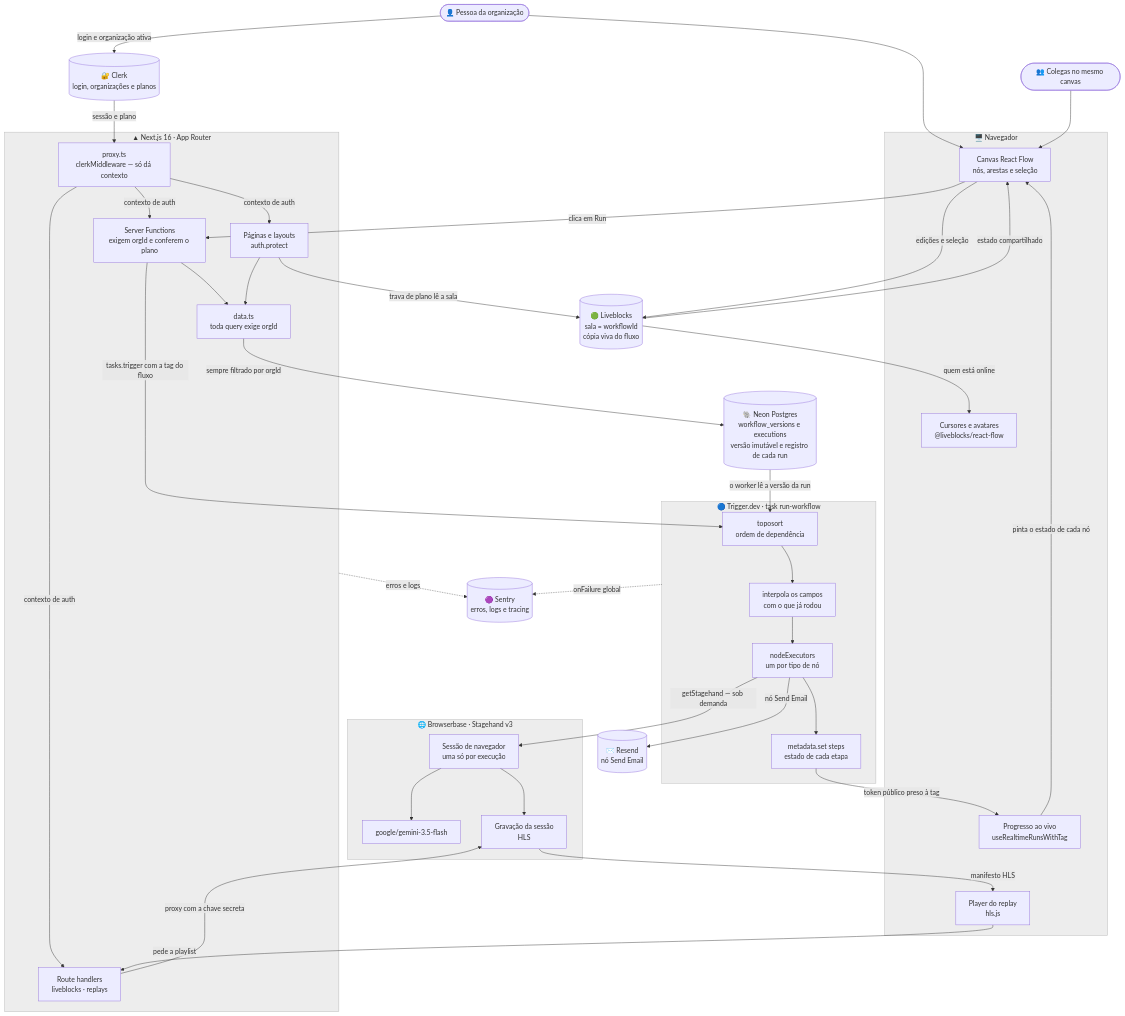
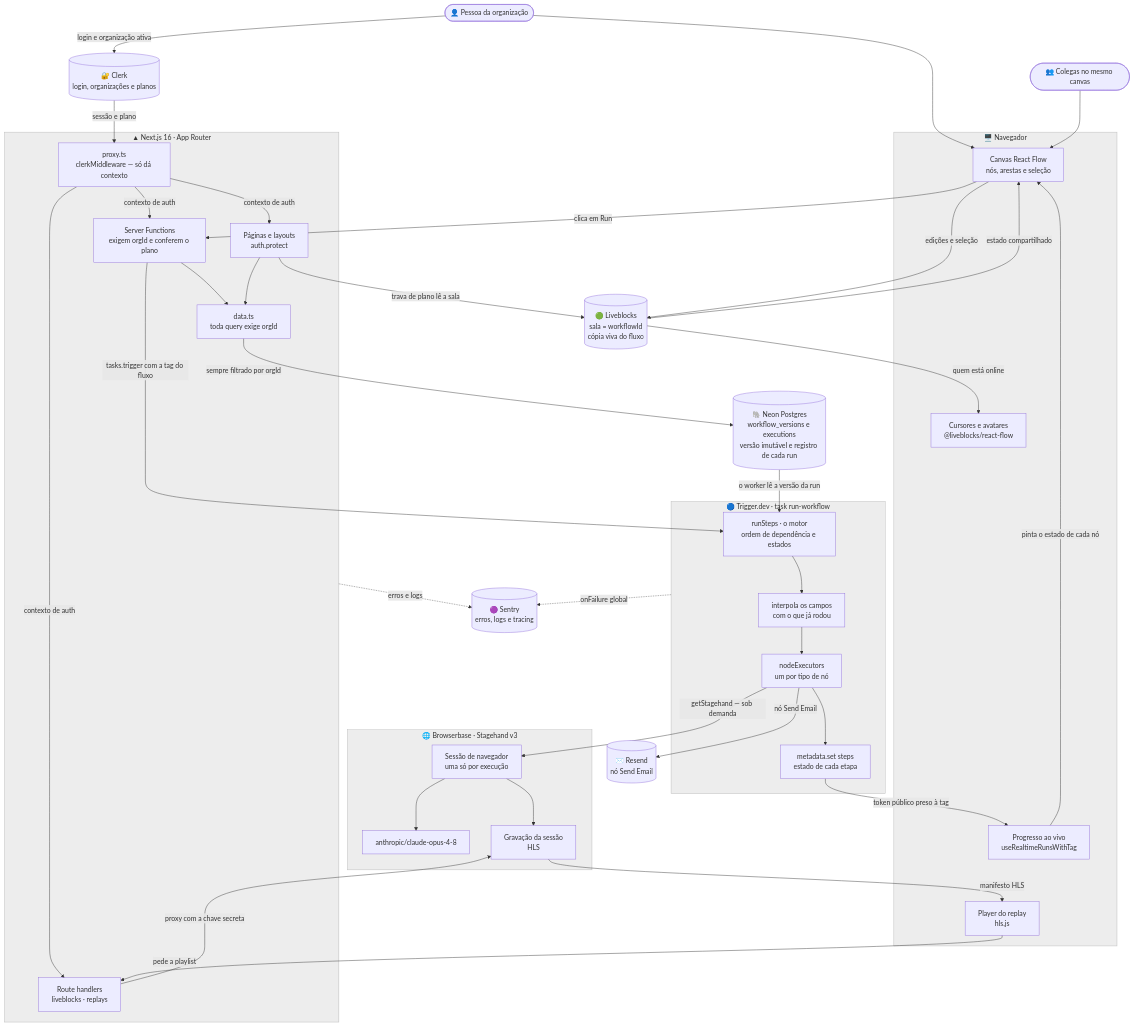
Before and after one commit to renatomf/nextjs-switchboard: the fifth of 6 diagrams in README.md, drawn with Mermaid. The commit also changed other lines of this file and 2 other files, not shown here.

First line of the commit message:
docs: record the run engine (ADR 0004) and bring the README up to date

````diff
--- a/README.md
+++ b/README.md
@@ -294,78 +294,78 @@
 ```mermaid
 %%{init: {'themeVariables': {'clusterBkg': 'rgba(127,127,127,0.14)', 'clusterBorder': 'rgba(127,127,127,0.50)', 'noteBkgColor': 'rgba(127,127,127,0.14)', 'noteBorderColor': 'rgba(127,127,127,0.50)', 'labelBoxBkgColor': 'rgba(127,127,127,0.14)', 'labelBoxBorderColor': 'rgba(127,127,127,0.50)'}}}%%
 flowchart TB
     Pessoa(["👤 Pessoa da organização"])
     Colega(["👥 Colegas no mesmo canvas"])
 
     subgraph Nav["🖥️ Navegador"]
         Canvas["Canvas React Flow<br/>nós, arestas e seleção"]
         Presenca["Cursores e avatares<br/>@liveblocks/react-flow"]
         Assina["Progresso ao vivo<br/>useRealtimeRunsWithTag"]
         Player["Player do replay<br/>hls.js"]
     end
 
     subgraph Web["▲ Next.js 16 · App Router"]
         Proxy["proxy.ts<br/>clerkMiddleware — só dá contexto"]
         Paginas["Páginas e layouts<br/>auth.protect"]
         Actions["Server Functions<br/>exigem orgId e conferem o plano"]
         Rotas["Route handlers<br/>liveblocks · replays"]
         Dados["data.ts<br/>toda query exige orgId"]
     end
 
     Clerk[("🔐 Clerk<br/>login, organizações e planos")]
     Sala[("🟢 Liveblocks<br/>sala = workflowId<br/>cópia viva do fluxo")]
     Banco[("🐘 Neon Postgres<br/>workflow_versions e executions<br/>versão imutável e registro de cada run")]
 
     subgraph Worker["🔵 Trigger.dev · task run-workflow"]
-        Topo["toposort<br/>ordem de dependência"]
+        Topo["runSteps · o motor<br/>ordem de dependência e estados"]
         Interp["interpola os campos<br/>com o que já rodou"]
         Exec["nodeExecutors<br/>um por tipo de nó"]
         Meta["metadata.set steps<br/>estado de cada etapa"]
     end
 
     subgraph BB["🌐 Browserbase · Stagehand v3"]
         Sessao["Sessão de navegador<br/>uma só por execução"]
-        Modelo["google/gemini-3.5-flash"]
+        Modelo["anthropic/claude-opus-4-8"]
         Grav["Gravação da sessão<br/>HLS"]
     end
 
     Resend[("✉️ Resend<br/>nó Send Email")]
     Sentry[("🟣 Sentry<br/>erros, logs e tracing")]
 
     Pessoa --> Canvas
     Colega --> Canvas
     Canvas -->|"edições e seleção"| Sala
     Sala -->|"estado compartilhado"| Canvas
     Sala -->|"quem está online"| Presenca
 
     Pessoa -->|"login e organização ativa"| Clerk
     Clerk -->|"sessão e plano"| Proxy
     Proxy -->|"contexto de auth"| Paginas
     Proxy -->|"contexto de auth"| Actions
     Proxy -->|"contexto de auth"| Rotas
 
     Canvas -->|"clica em Run"| Actions
     Paginas -->|"trava de plano lê a sala"| Sala
     Actions --> Dados
     Paginas --> Dados
     Dados -->|"sempre filtrado por orgId"| Banco
 
     Actions -->|"tasks.trigger com a tag do fluxo"| Topo
     Banco -->|"o worker lê a versão da run"| Topo
     Topo --> Interp --> Exec
     Exec --> Meta
     Meta -->|"token público preso à tag"| Assina
     Assina -->|"pinta o estado de cada nó"| Canvas
 
     Exec -->|"getStagehand — sob demanda"| Sessao
     Sessao --> Modelo
     Sessao --> Grav
     Exec -->|"nó Send Email"| Resend
 
     Player -->|"pede a playlist"| Rotas
     Rotas -->|"proxy com a chave secreta"| Grav
     Grav -->|"manifesto HLS"| Player
 
     Web -.->|"erros e logs"| Sentry
     Worker -.->|"onFailure global"| Sentry
 ```
````
